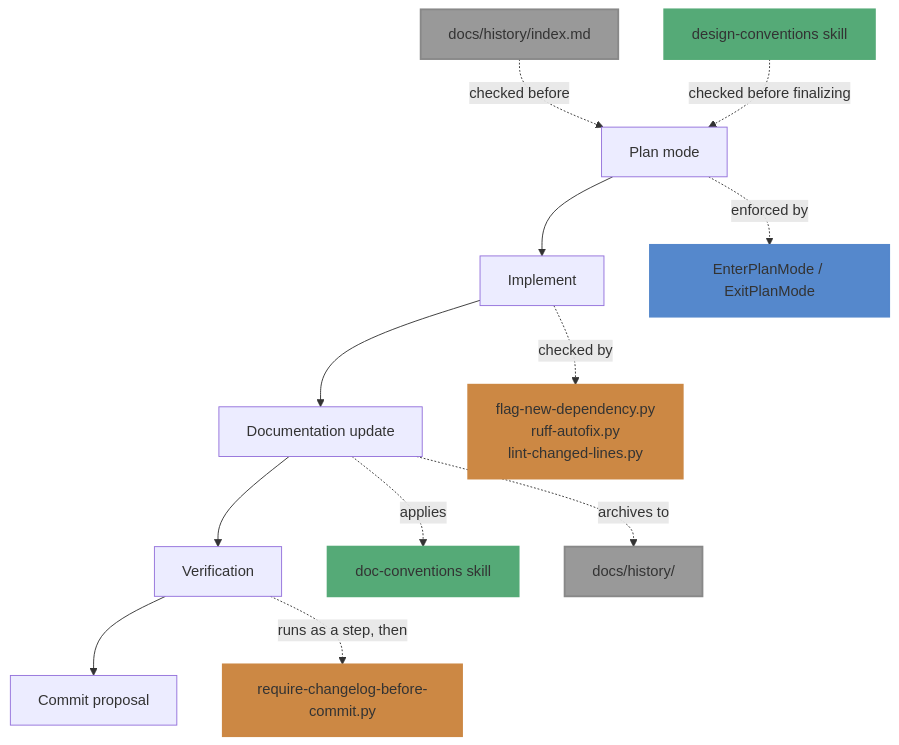
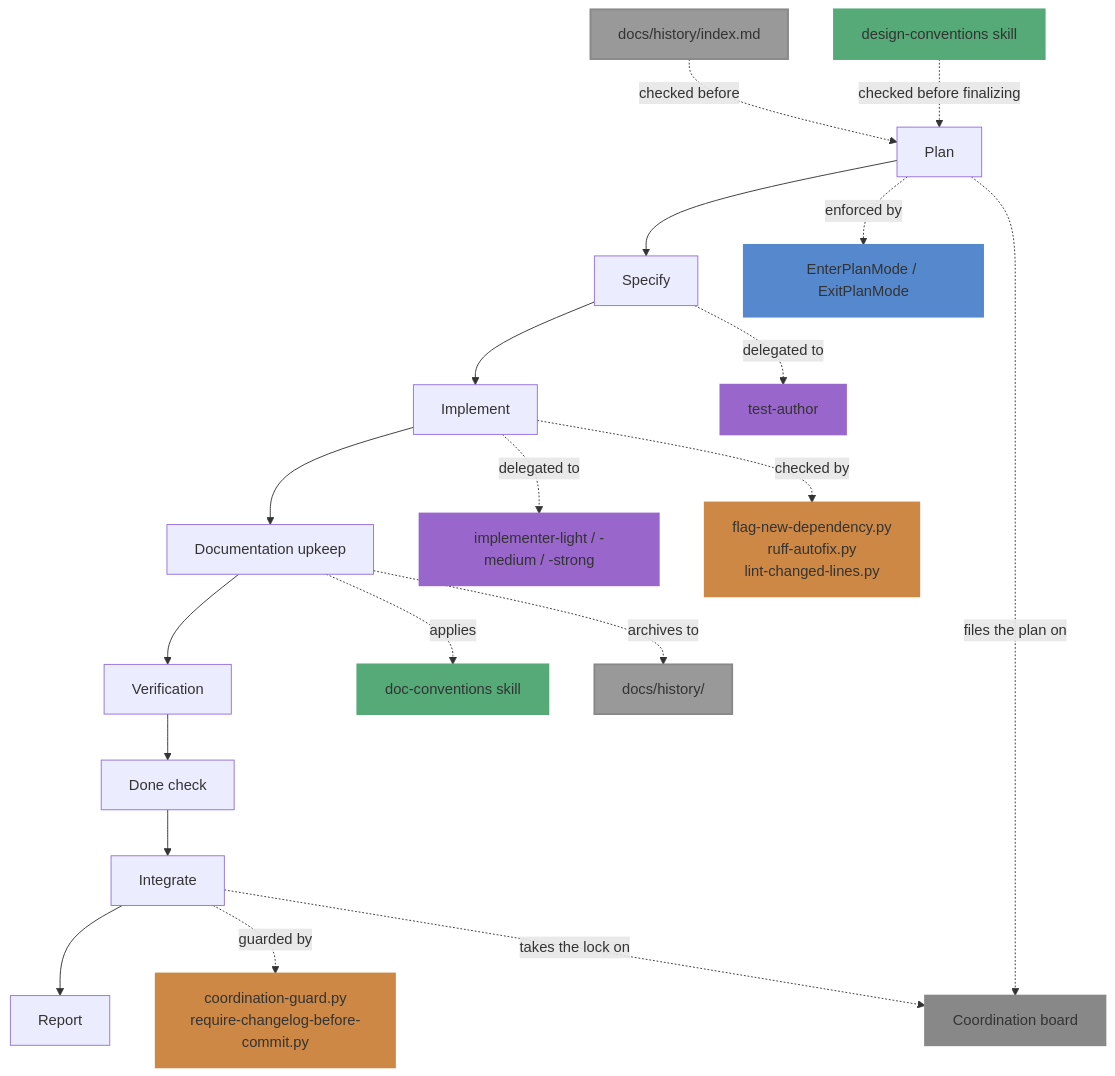
The diagram in docs/00-agents-overview.md (Peter-Ewald/agents), drawn with Mermaid before and after one commit. The commit also changed other lines of this file and 64 other files, not shown here.

````diff
--- a/docs/00-agents-overview.md
+++ b/docs/00-agents-overview.md
@@ -22,23 +25,33 @@
 ```mermaid
 graph TD
-  H0["docs/history/index.md"] -.->|"checked before"| A["Plan mode"]
+  H0["docs/history/index.md"] -.->|"checked before"| A["Plan"]
   DC["design-conventions skill"] -.->|"checked before finalizing"| A
-  A --> B["Implement"]
-  B --> C["Documentation update"]
+  A --> SP["Specify"]
+  SP --> B["Implement"]
+  B --> C["Documentation upkeep"]
   C --> D["Verification"]
-  D --> E["Commit proposal"]
+  D --> DN["Done check"]
+  DN --> IN["Integrate"]
+  IN --> R["Report"]
 
   A -.->|"enforced by"| PM["EnterPlanMode / ExitPlanMode"]
+  A -.->|"files the plan on"| BD["Coordination board"]
+  SP -.->|"delegated to"| TA["test-author"]
+  B -.->|"delegated to"| IM["implementer-light / -medium / -strong"]
   B -.->|"checked by"| H1["flag-new-dependency.py<br/>ruff-autofix.py<br/>lint-changed-lines.py"]
   C -.->|"applies"| S1["doc-conventions skill"]
   C -.->|"archives to"| H3["docs/history/"]
-  D -.->|"runs as a step, then"| H2["require-changelog-before-commit.py"]
+  IN -.->|"guarded by"| H2["coordination-guard.py<br/>require-changelog-before-commit.py"]
+  IN -.->|"takes the lock on"| BD
 
   style PM fill:#5588cc,stroke:#5588cc,stroke-width:2px
   style H1 fill:#cc8844,stroke:#cc8844,stroke-width:2px
+  style H2 fill:#cc8844,stroke:#cc8844,stroke-width:2px
   style S1 fill:#55aa77,stroke:#55aa77,stroke-width:2px
   style DC fill:#55aa77,stroke:#55aa77,stroke-width:2px
-  style H2 fill:#cc8844,stroke:#cc8844,stroke-width:2px
+  style TA fill:#9966cc,stroke:#9966cc,stroke-width:2px
+  style IM fill:#9966cc,stroke:#9966cc,stroke-width:2px
+  style BD fill:#888888,stroke:#888888,stroke-width:2px
   style H0 fill:#999999,stroke:#888888,stroke-width:2px
   style H3 fill:#999999,stroke:#888888,stroke-width:2px
 ```
````
